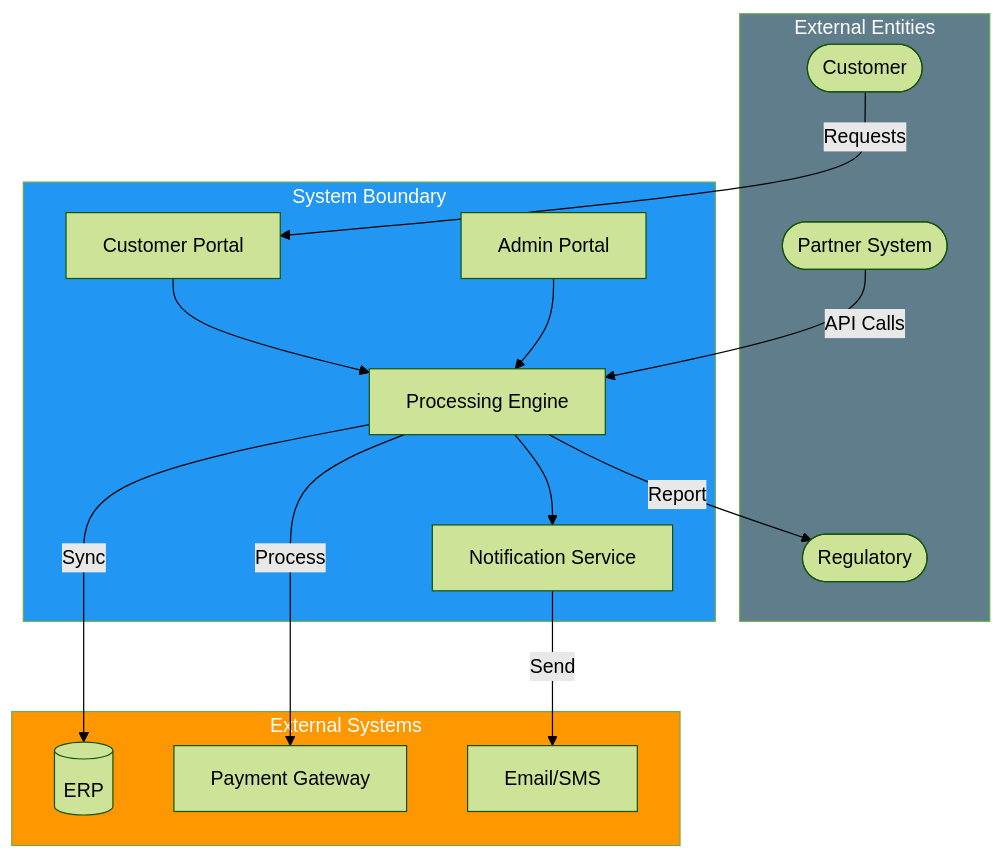
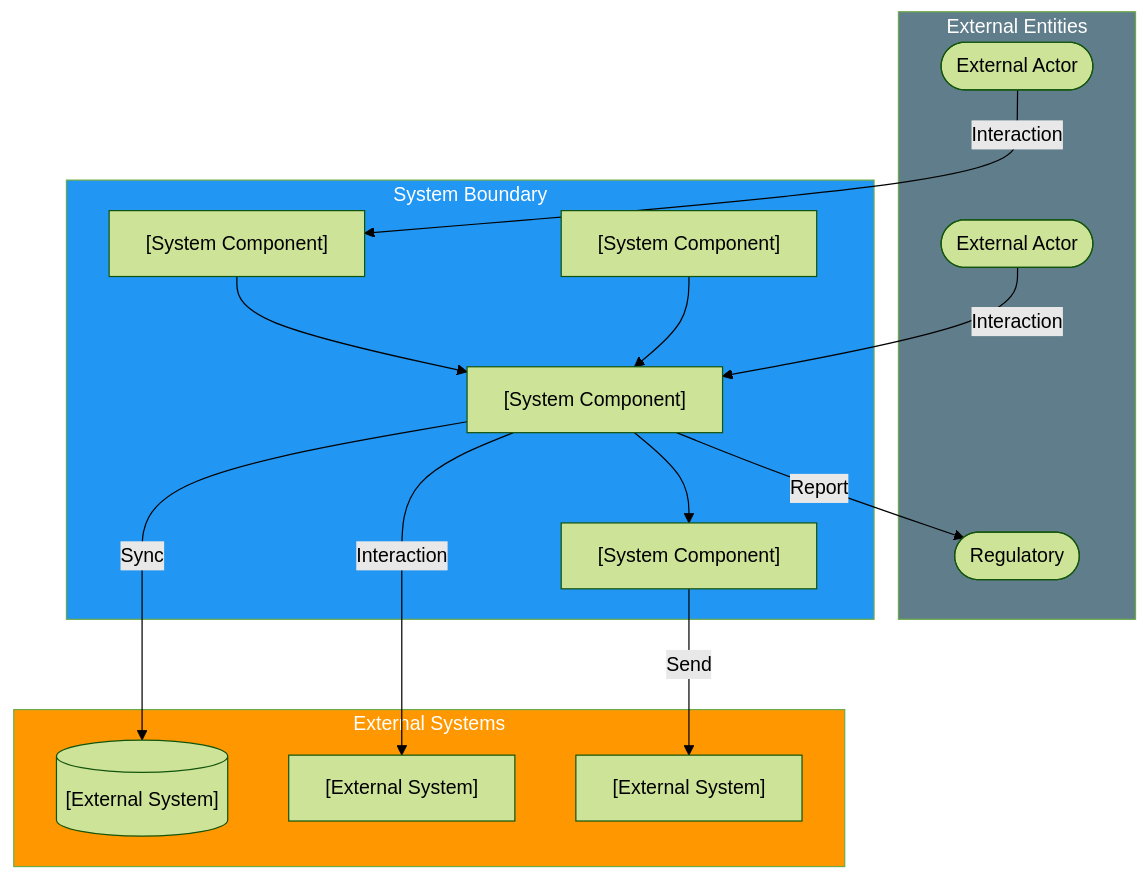
The diagram in document-template/03_Concept_and_Mission_Definition/System-Requirements-Specification.md (oat431/swe-knowledge), drawn with Mermaid (forest theme) before and after one commit. The commit also changed other lines of this file and 50 other files, not shown here.

````diff
--- a/document-template/03_Concept_and_Mission_Definition/System-Requirements-Specification.md
+++ b/document-template/03_Concept_and_Mission_Definition/System-Requirements-Specification.md
@@ -80,35 +80,35 @@
 ```mermaid
 flowchart TB
     subgraph EXTERNAL["External Entities"]
-        CUST([Customer])
-        PARTNER([Partner System])
+        CUST([External Actor])
+        PARTNER([External Actor])
         REG([Regulatory])
     end
 
     subgraph SYSTEM["System Boundary"]
-        PORTAL[Customer Portal]
-        ADMIN[Admin Portal]
-        ENGINE[Processing Engine]
-        NOTIFY[Notification Service]
+        PORTAL["[System Component]"]
+        ADMIN["[System Component]"]
+        ENGINE["[System Component]"]
+        NOTIFY["[System Component]"]
     end
 
     subgraph EXTERNAL_SYS["External Systems"]
-        ERP[(ERP)]
-        PAY[Payment Gateway]
-        EMAIL[Email/SMS]
+        ERP[("[External System]")]
+        PAY["[External System]"]
+        EMAIL["[External System]"]
     end
 
-    CUST -->|Requests| PORTAL
-    PARTNER -->|API Calls| ENGINE
+    CUST -->|"Interaction"| PORTAL
+    PARTNER -->|"Interaction"| ENGINE
     PORTAL --> ENGINE
     ADMIN --> ENGINE
     ENGINE --> NOTIFY
-    ENGINE -->|Sync| ERP
-    ENGINE -->|Process| PAY
-    NOTIFY -->|Send| EMAIL
-    ENGINE -->|Report| REG
+    ENGINE -->|"Sync"| ERP
+    ENGINE -->|"Interaction"| PAY
+    NOTIFY -->|"Send"| EMAIL
+    ENGINE -->|"Report"| REG
 
     style EXTERNAL fill:#607D8B,color:#fff
     style SYSTEM fill:#2196F3,color:#fff
     style EXTERNAL_SYS fill:#FF9800,color:#fff
 ```
````
